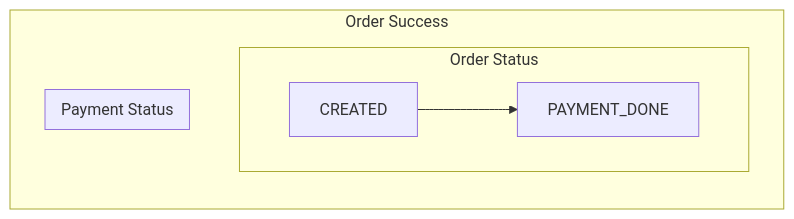
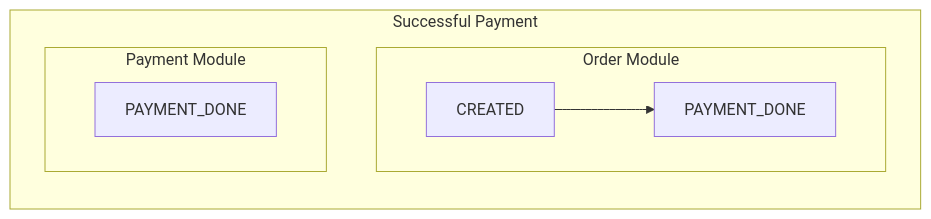
The third of 6 diagrams in README.md (codecraft87/order-payment-system), drawn with Mermaid before and after one commit. The commit also changed other lines of this file, not shown here.

````diff
--- a/README.md
+++ b/README.md
@@ -173,14 +173,13 @@
 ```mermaid
 flowchart LR
-    CREATED --> PAYMENT_DONE
+    subgraph "Successful Payment"
+        subgraph "Order Module"
+            O_CREATED[CREATED] --> O_DONE[PAYMENT_DONE]
+        end
 
-    subgraph "Order Success"
-        subgraph "Order Status"
-            CREATED
-            PAYMENT_DONE
-        end
-        subgraph "Payment Status"
-            PAYMENT_DONE
+        subgraph "Payment Module"
+            P_DONE[PAYMENT_DONE]
         end
     end
+
 ```
````
